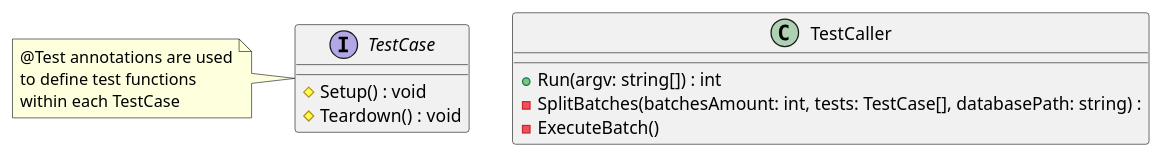
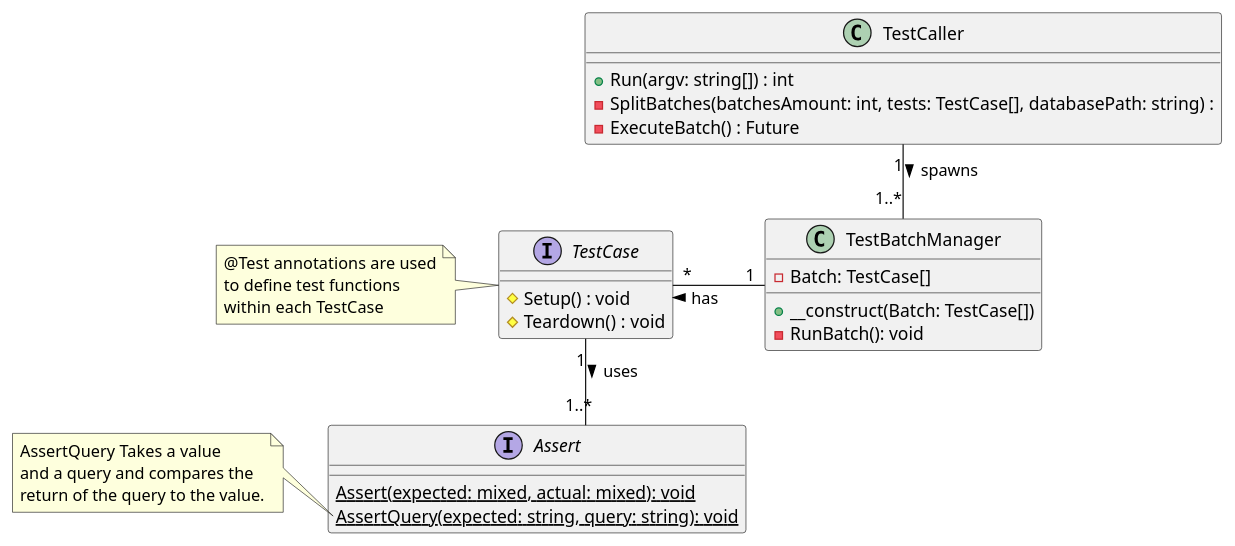
Before and after one commit to dannypas00/bouw7-uml: the diagram in Logical/ClassDIagram.plantuml, drawn with PlantUML. The commit also changed 5 other files, not shown here.

Commit message:
Started component diagram

```diff
--- a/Logical/ClassDIagram.plantuml
+++ b/Logical/ClassDIagram.plantuml
@@ -1,19 +1,42 @@
 @startuml Framework class diagram
-interface TestCase {
-    # Setup() : void
-    # Teardown() : void
+skinparam Linetype ortho
+together {
+    interface TestCase {
+        # Setup() : void
+        # Teardown() : void
+    }
+    note left
+        @Test annotations are used
+        to define test functions
+        within each TestCase
+    end note
+
+    interface Assert {
+        {static} Assert(expected: mixed, actual: mixed): void
+        {static} AssertQuery(expected: string, query: string): void
+    }
+    note left of Assert::AssertQuery
+        AssertQuery Takes a value 
+        and a query and compares the 
+        return of the query to the value.
+    end note
 }
-note left
-    @Test annotations are used
-    to define test functions
-    within each TestCase
-end note
 
 class TestCaller {
     + Run(argv: string[]) : int
     - SplitBatches(batchesAmount: int, tests: TestCase[], databasePath: string) : 
-    - ExecuteBatch()
+    - ExecuteBatch() : Future
 }
 
+class TestBatchManager {
+    - Batch: TestCase[]
+    + __construct(Batch: TestCase[])
+    - RunBatch(): void
+}
 
+TestBatchManager "1" - "*" TestCase: has >
+
+TestCaller "1" -- "1..*" TestBatchManager: spawns >
+
+TestCase "1" -- "1..*" Assert: uses >
 @enduml
```
